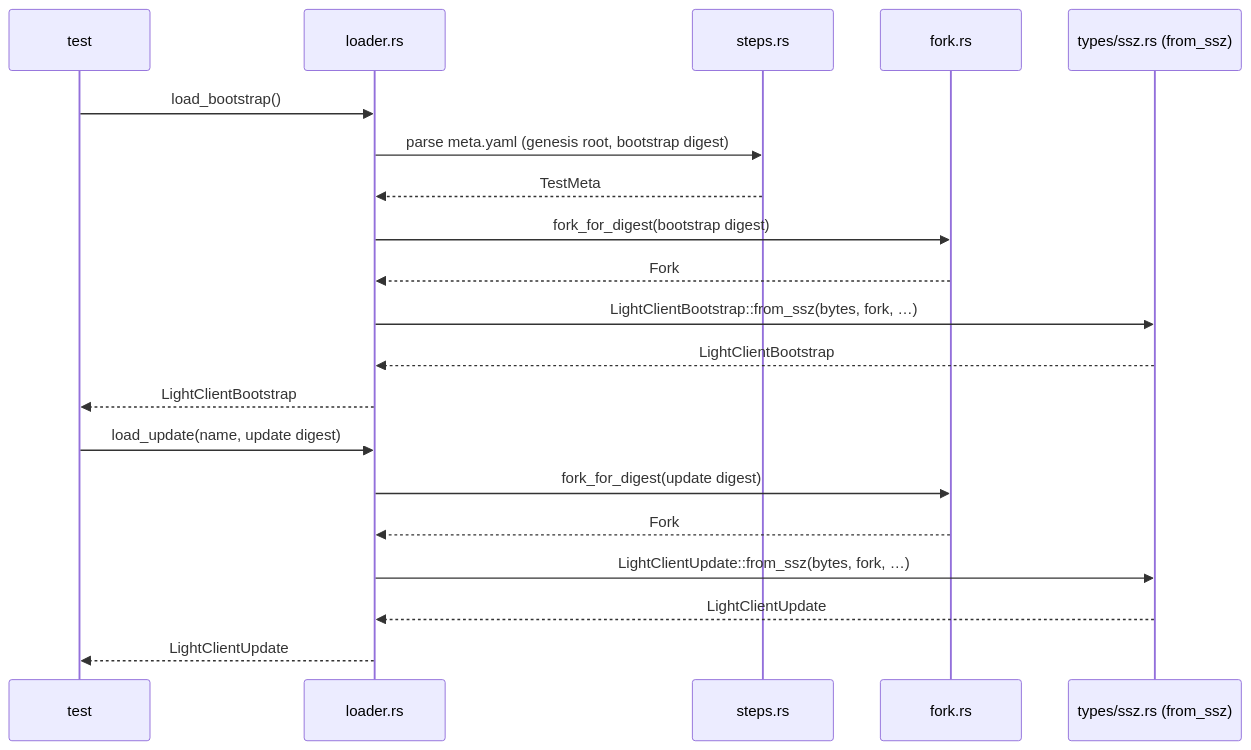
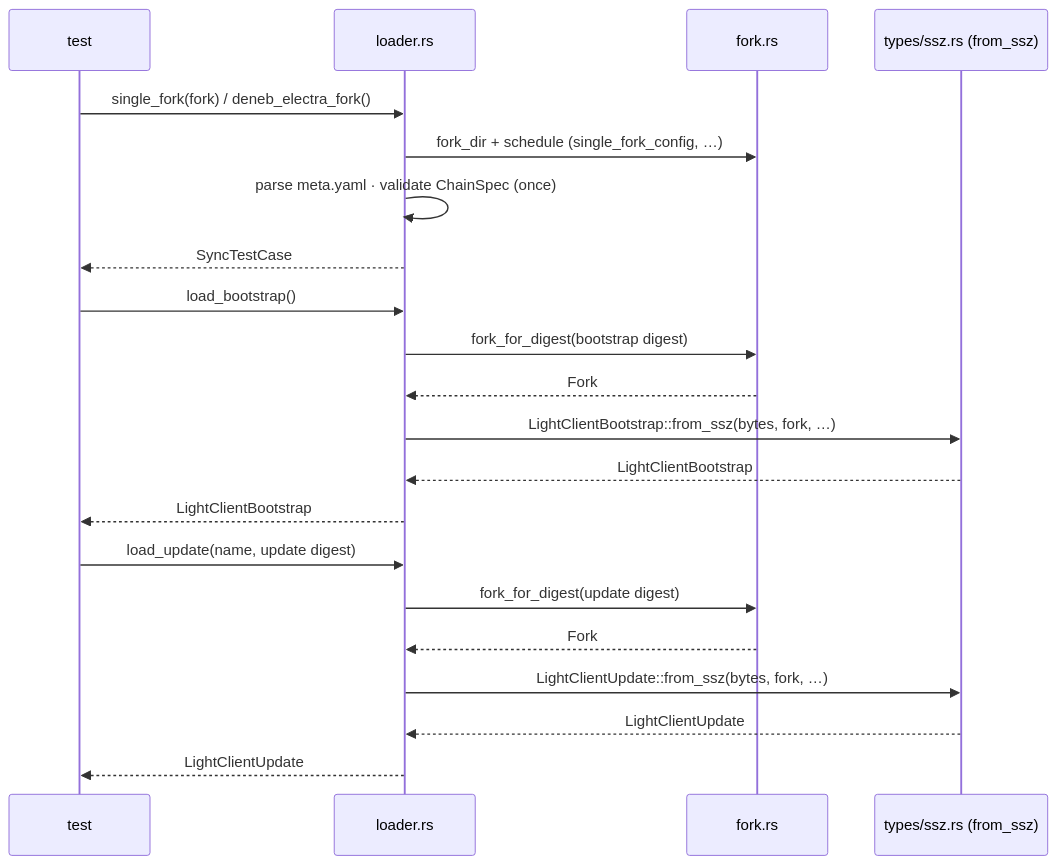
One commit to EchoAlice/eth-light-client changed the diagram in src/test_utils/README.md. Above: the diagram before and after it, drawn with Mermaid. The commit also changed other lines of this file and 11 other files, not shown here.

````diff
--- a/src/test_utils/README.md
+++ b/src/test_utils/README.md
@@ -50,24 +54,26 @@
 ```mermaid
 sequenceDiagram
     participant T as test
     participant L as loader.rs
-    participant S as steps.rs
     participant F as fork.rs
     participant P as types/ssz.rs (from_ssz)
 
+    T->>L: single_fork(fork) / deneb_electra_fork()
+    L->>F: fork_dir + schedule (single_fork_config, …)
+    L->>L: parse meta.yaml · validate ChainSpec (once)
+    L-->>T: SyncTestCase
+
     T->>L: load_bootstrap()
-    L->>S: parse meta.yaml (genesis root, bootstrap digest)
-    S-->>L: TestMeta
     L->>F: fork_for_digest(bootstrap digest)
     F-->>L: Fork
     L->>P: LightClientBootstrap::from_ssz(bytes, fork, …)
     P-->>L: LightClientBootstrap
     L-->>T: LightClientBootstrap
 
     T->>L: load_update(name, update digest)
     L->>F: fork_for_digest(update digest)
     F-->>L: Fork
     L->>P: LightClientUpdate::from_ssz(bytes, fork, …)
     P-->>L: LightClientUpdate
     L-->>T: LightClientUpdate
 ```
````
